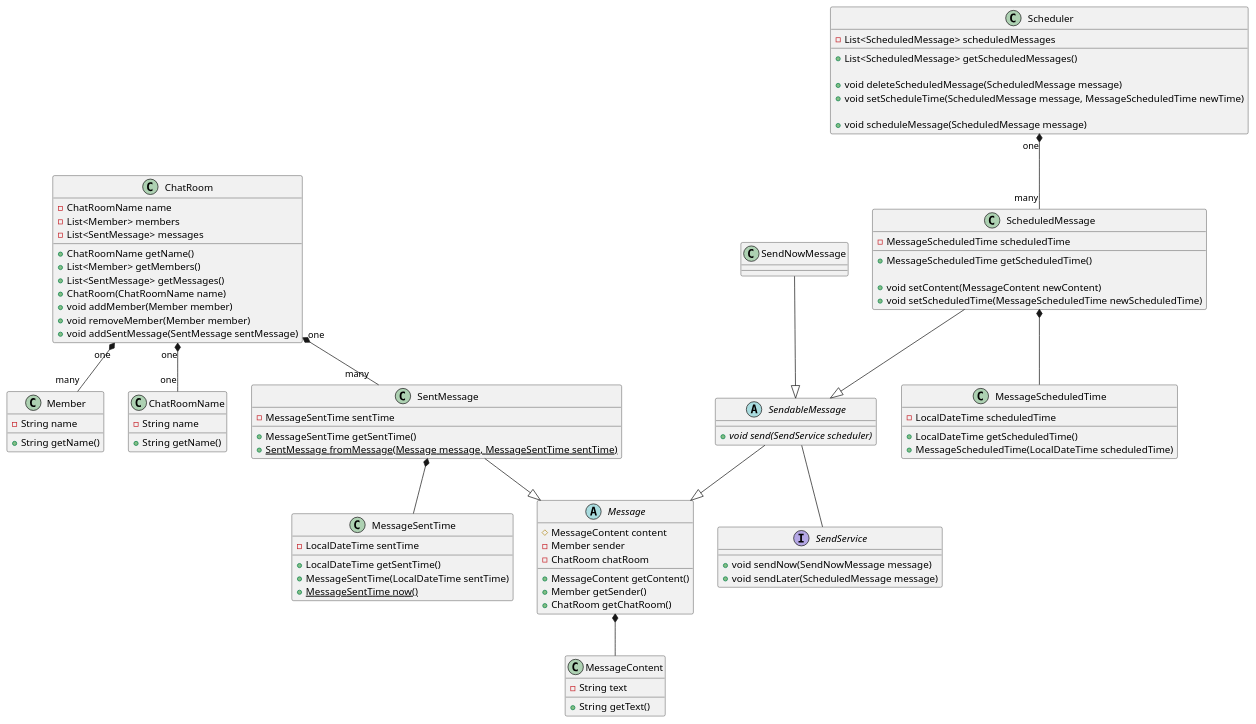
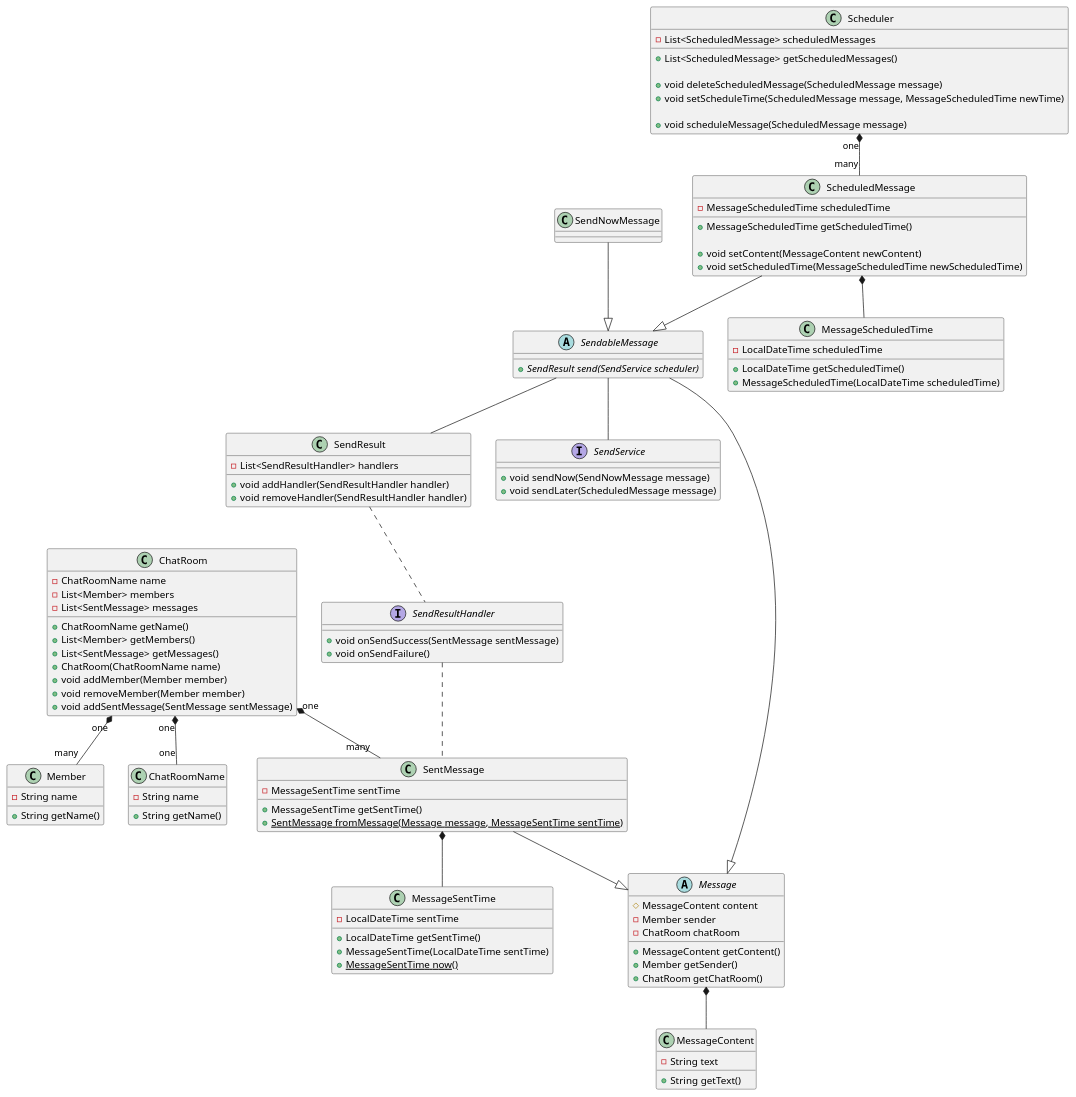
Before and after one commit to PandApex/ddd: the diagram in ddd.pu, drawn with PlantUML. The commit also changed 8 other files, not shown here.

Commit message:
SendResult, SendResultHandler

```diff
--- a/ddd.pu
+++ b/ddd.pu
@@ -1,104 +1,119 @@
 @startuml
 class MessageScheduledTime {
     - LocalDateTime scheduledTime
     + LocalDateTime getScheduledTime()
     + MessageScheduledTime(LocalDateTime scheduledTime)
 }
 
 class MessageSentTime {
     - LocalDateTime sentTime
     + LocalDateTime getSentTime()
     + MessageSentTime(LocalDateTime sentTime)
     + {static} MessageSentTime now()
 }
 
 class Member {
     - String name
     + String getName()
 }
 
 class ChatRoomName {
     - String name
     + String getName()
 }
 
 class ChatRoom {
     - ChatRoomName name
     - List<Member> members
     - List<SentMessage> messages
     + ChatRoomName getName()
     + List<Member> getMembers()
     + List<SentMessage> getMessages()
     + ChatRoom(ChatRoomName name)
     + void addMember(Member member)
     + void removeMember(Member member)
     + void addSentMessage(SentMessage sentMessage)
 }
 
 ChatRoom "one" *-- "one" ChatRoomName
 ChatRoom "one" *-- "many" Member
 ChatRoom "one" *-- "many" SentMessage
 
 abstract class Message {
     # MessageContent content
     - Member sender
     - ChatRoom chatRoom
     + MessageContent getContent()
     + Member getSender()
     + ChatRoom getChatRoom()
 }
 
 class MessageContent {
     - String text
     + String getText()
 }
 
 class ScheduledMessage {
     - MessageScheduledTime scheduledTime
     + MessageScheduledTime getScheduledTime()
 
     + void setContent(MessageContent newContent)
     + void setScheduledTime(MessageScheduledTime newScheduledTime)
 }
 
 interface SendService {
     + void sendNow(SendNowMessage message)
     + void sendLater(ScheduledMessage message)
 }
 
 abstract class SendableMessage {
-    + void {abstract} send(SendService scheduler)
+    + SendResult {abstract} send(SendService scheduler)
+}
+
+class SendResult {
+    - List<SendResultHandler> handlers
+    + void addHandler(SendResultHandler handler)
+    + void removeHandler(SendResultHandler handler)
+}
+
+interface SendResultHandler {
+    + void onSendSuccess(SentMessage sentMessage)
+    + void onSendFailure()
 }
 
 class SendNowMessage {
 
 }
 
 class SentMessage {
     - MessageSentTime sentTime
     + MessageSentTime getSentTime()
     + {static} SentMessage fromMessage(Message message, MessageSentTime sentTime)
 }
 
 Message *-- MessageContent
 ScheduledMessage --|> SendableMessage
 SentMessage --|> Message
 SendableMessage --|> Message
 SendNowMessage --|> SendableMessage
 ScheduledMessage *-- MessageScheduledTime
 SentMessage *-- MessageSentTime
 
+SendableMessage -- SendResult
+SendResult .. SendResultHandler
+SendResultHandler .. SentMessage
+
 SendableMessage -- SendService
 
 class Scheduler {
     - List<ScheduledMessage> scheduledMessages
     + List<ScheduledMessage> getScheduledMessages()
 
     + void deleteScheduledMessage(ScheduledMessage message)
     + void setScheduleTime(ScheduledMessage message, MessageScheduledTime newTime)
 
     + void scheduleMessage(ScheduledMessage message)
 }
 
 Scheduler "one" *-- "many" ScheduledMessage
 @endumlg
```
